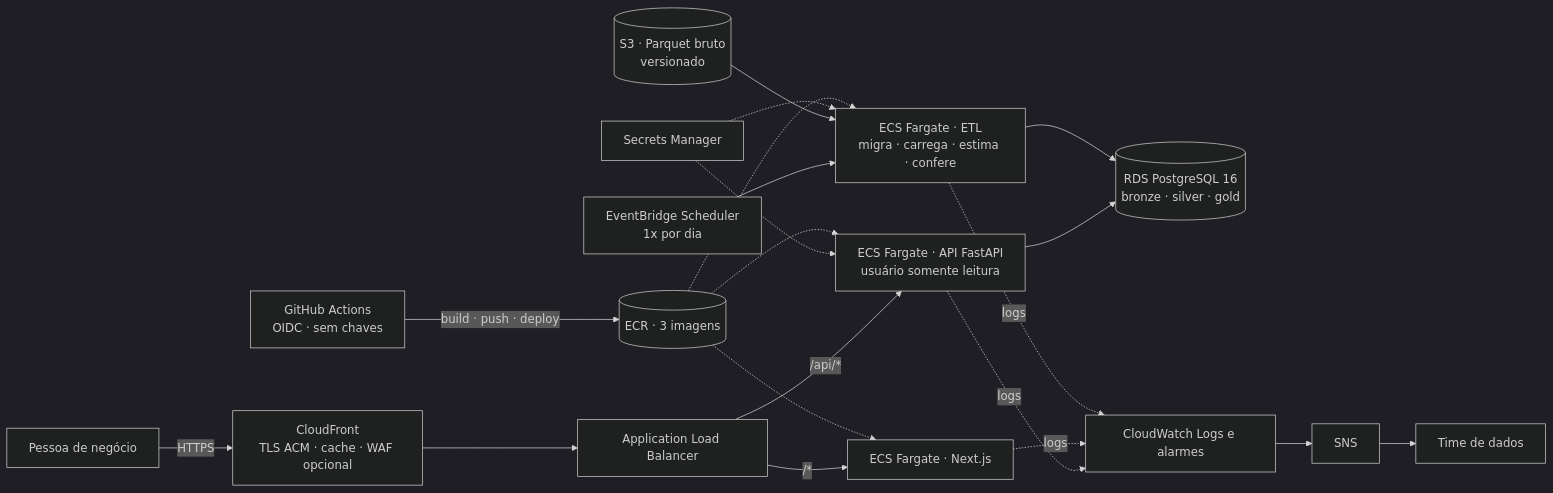
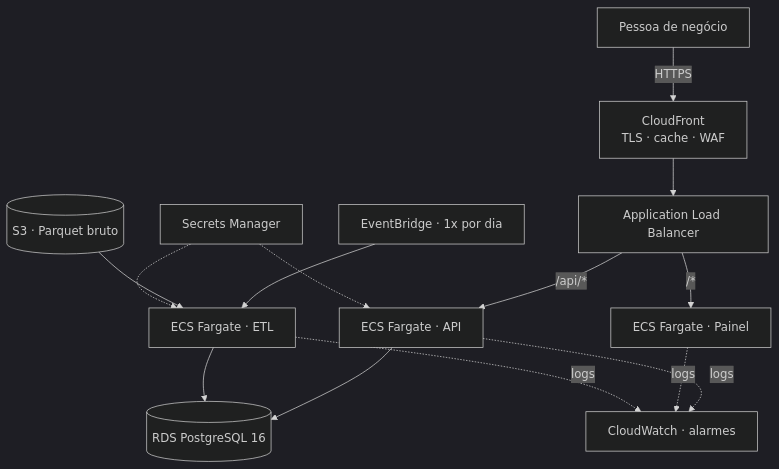
Before and after one commit to alphaonix/Acaso: the second of 2 diagrams in infra/README.md, drawn with Mermaid (dark theme). The commit also changed other lines of this file and 3 other files, not shown here.

````diff
--- a/infra/README.md
+++ b/infra/README.md
@@ -7,15 +82,13 @@
 ```mermaid
-flowchart LR
-  P[Pessoa de negócio] -->|HTTPS| CF[CloudFront<br/>TLS ACM · cache · WAF opcional]
-  CF --> ALB[Application Load Balancer]
-  ALB -->|/api/*| API[ECS Fargate · API FastAPI<br/>usuário somente leitura]
-  ALB -->|/*| WEB[ECS Fargate · Next.js]
-  API --> RDS[(RDS PostgreSQL 16<br/>bronze · silver · gold)]
-  EB[EventBridge Scheduler<br/>1x por dia] --> ETL[ECS Fargate · ETL<br/>migra · carrega · estima · confere]
-  S3[(S3 · Parquet bruto<br/>versionado)] --> ETL
+flowchart TB
+  P[Pessoa de negócio] -->|HTTPS| CF["CloudFront<br/>TLS · cache · WAF"]
+  CF --> ALB["Application Load Balancer"]
+  ALB -->|"/api/*"| API["ECS Fargate · API"]
+  ALB -->|"/*"| WEB["ECS Fargate · Painel"]
+  API --> RDS[("RDS PostgreSQL 16")]
+  EB["EventBridge · 1x por dia"] --> ETL["ECS Fargate · ETL"]
+  S3[("S3 · Parquet bruto")] --> ETL
   ETL --> RDS
-  SM[Secrets Manager] -.-> API & ETL
-  ECR[(ECR · 3 imagens)] -.-> API & WEB & ETL
-  API & WEB & ETL -.logs.-> CW[CloudWatch Logs e alarmes] --> SNS[SNS] --> T[Time de dados]
-  GH[GitHub Actions<br/>OIDC · sem chaves] -->|build · push · deploy| ECR
+  SM["Secrets Manager"] -.-> API & ETL
+  API & WEB & ETL -.logs.-> CW["CloudWatch · alarmes"]
 ```
````
